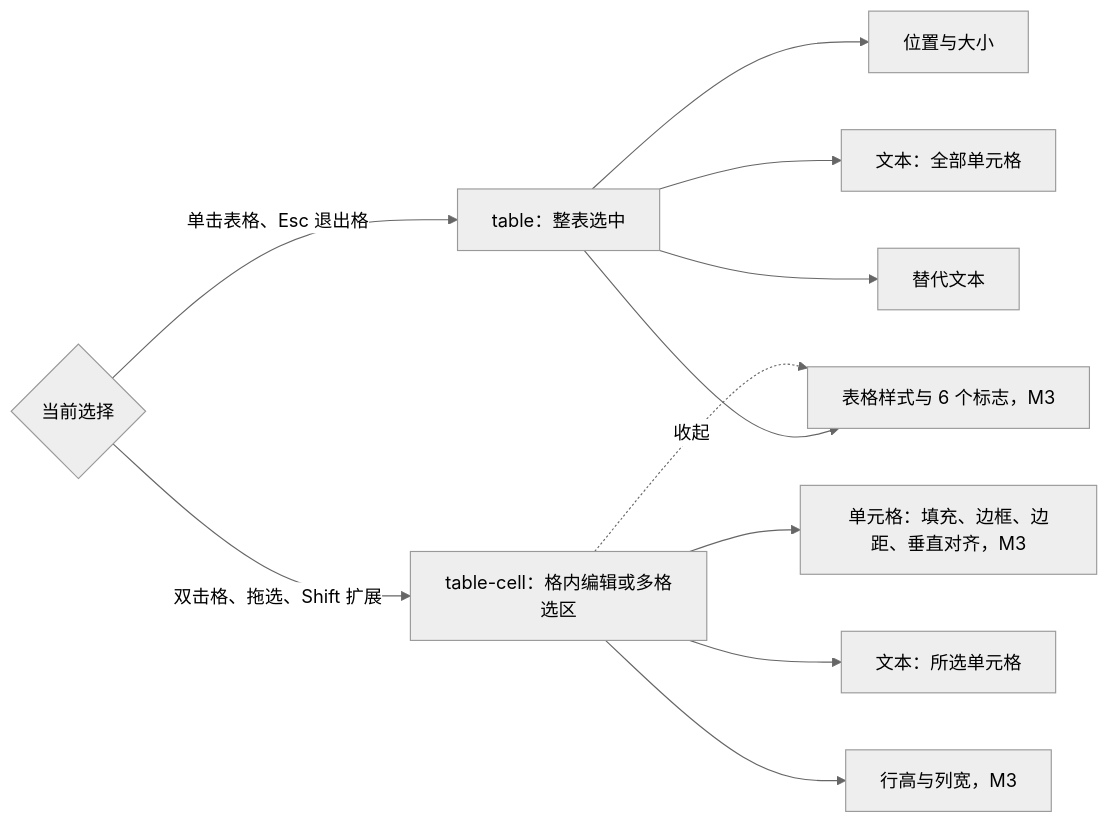
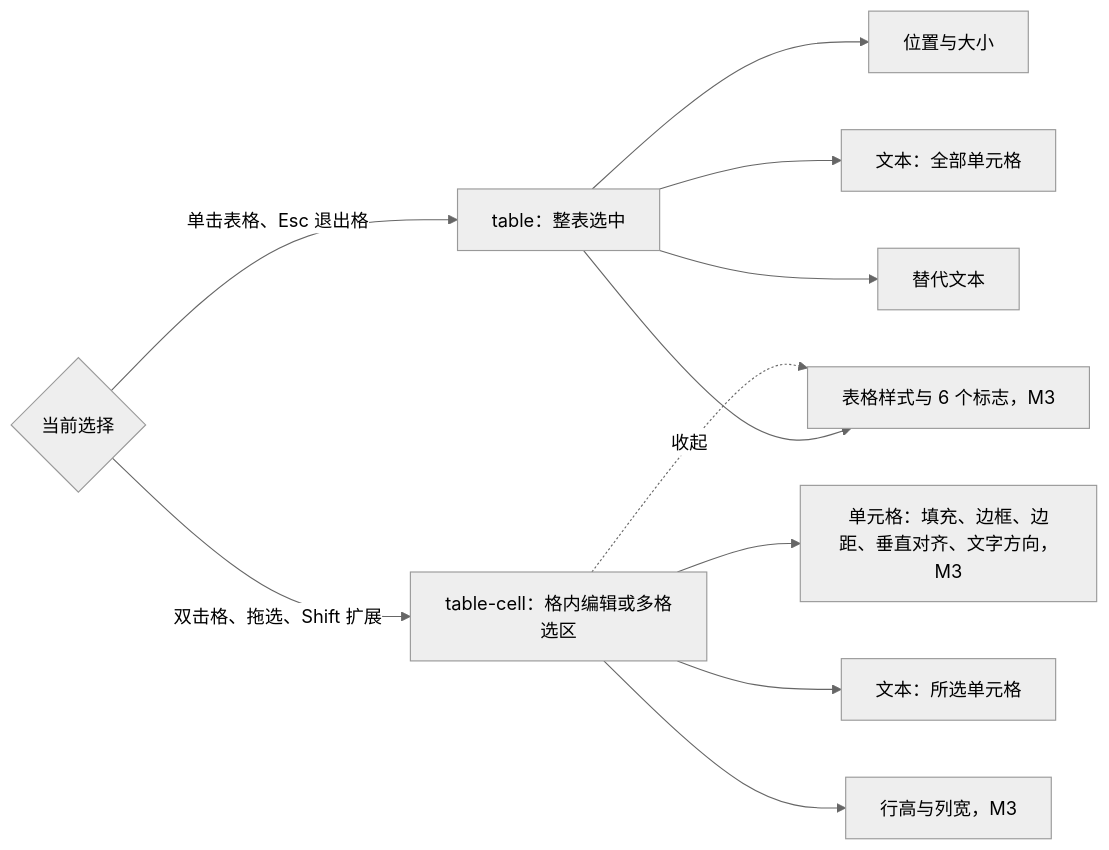
The eighth of 9 diagrams in docs/20-design/03-screens/30-table-editing.md (Xeonice/cordis-ppt-editor), drawn with Mermaid (neutral theme) before and after one commit. The commit also changed other lines of this file and 44 other files, not shown here.

````diff
--- a/docs/20-design/03-screens/30-table-editing.md
+++ b/docs/20-design/03-screens/30-table-editing.md
@@ -521,23 +659,23 @@
 ```mermaid
 flowchart LR
   pick{"当前选择"}
   t["table：整表选中"]
   c["table-cell：格内编辑或多格选区"]
   pos["位置与大小"]
   sty["表格样式与 6 个标志，M3"]
   txtAll["文本：全部单元格"]
   alt["替代文本"]
-  cell["单元格：填充、边框、边距、垂直对齐，M3"]
+  cell["单元格：填充、边框、边距、垂直对齐、文字方向，M3"]
   txtSel["文本：所选单元格"]
   size["行高与列宽，M3"]
   pick -->|"单击表格、Esc 退出格"| t
   pick -->|"双击格、拖选、Shift 扩展"| c
   t --> pos
   t --> sty
   t --> txtAll
   t --> alt
   c --> cell
   c --> txtSel
   c --> size
   c -.->|"收起"| sty
 ```
````
